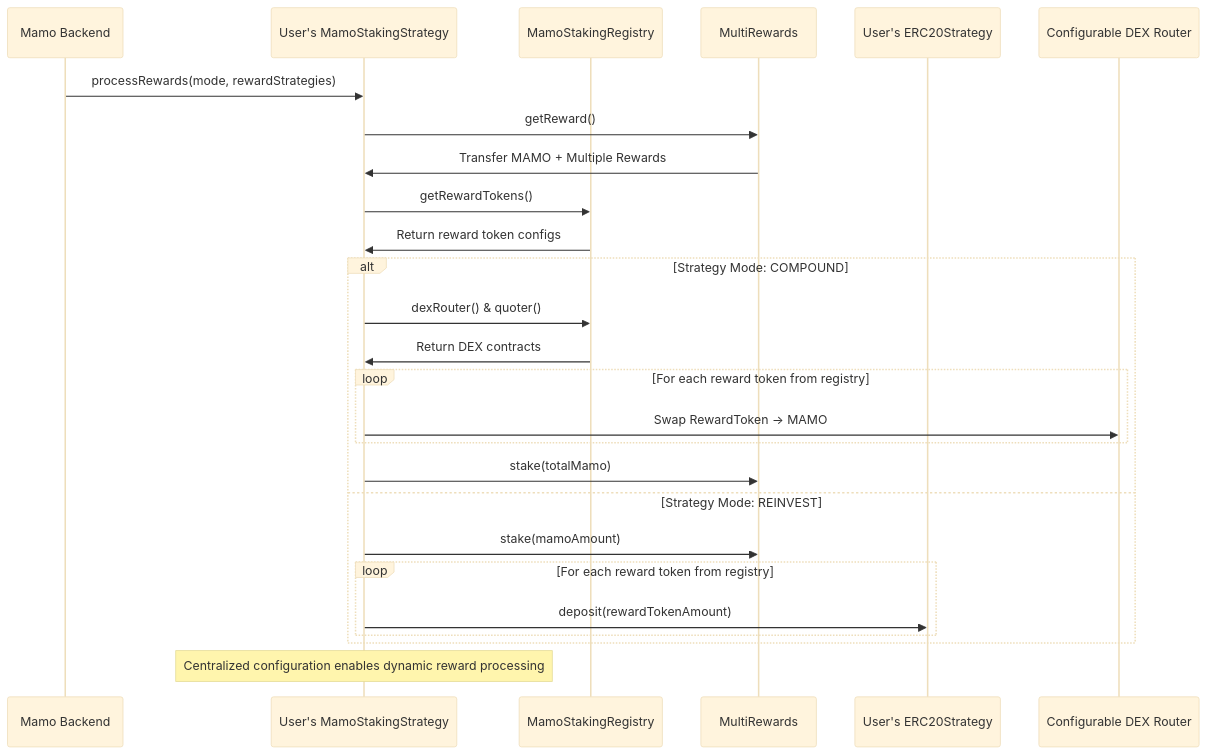
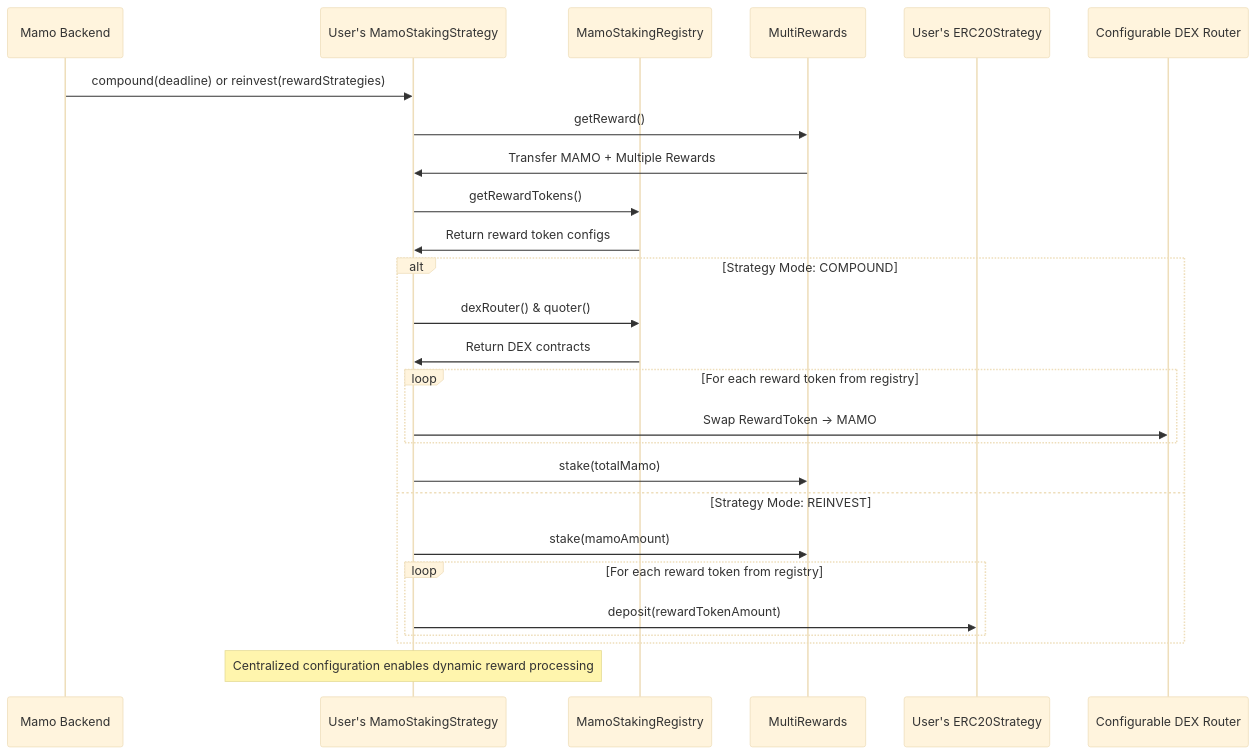
One commit to moonwell-fi/mamo-contracts changed the third of 6 diagrams in docs/MAMO_STAKING_ARCHITECTURE.md. Above: the diagram before and after it, drawn with Mermaid (base theme). The commit also changed other lines of this file and 75 other files, not shown here.

````diff
--- a/docs/MAMO_STAKING_ARCHITECTURE.md
+++ b/docs/MAMO_STAKING_ARCHITECTURE.md
@@ -351,31 +349,31 @@
 ```mermaid
 sequenceDiagram
     participant Backend as Mamo Backend
     participant Strategy as User's MamoStakingStrategy
     participant StakingRegistry as MamoStakingRegistry
     participant MultiRewards as MultiRewards
     participant ERC20Strategy as User's ERC20Strategy
     participant DEX as Configurable DEX Router
 
-    Backend->>Strategy: processRewards(mode, rewardStrategies)
+    Backend->>Strategy: compound(deadline) or reinvest(rewardStrategies)
     Strategy->>MultiRewards: getReward()
     MultiRewards->>Strategy: Transfer MAMO + Multiple Rewards
     Strategy->>StakingRegistry: getRewardTokens()
     StakingRegistry->>Strategy: Return reward token configs
     
     alt Strategy Mode: COMPOUND
         Strategy->>StakingRegistry: dexRouter() & quoter()
         StakingRegistry->>Strategy: Return DEX contracts
         loop For each reward token from registry
             Strategy->>DEX: Swap RewardToken → MAMO
         end
         Strategy->>MultiRewards: stake(totalMamo)
     else Strategy Mode: REINVEST
         Strategy->>MultiRewards: stake(mamoAmount)
         loop For each reward token from registry
             Strategy->>ERC20Strategy: deposit(rewardTokenAmount)
         end
     end
     
     Note over Strategy: Centralized configuration enables dynamic reward processing
 ```
````
